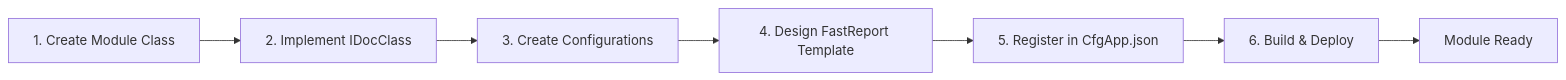
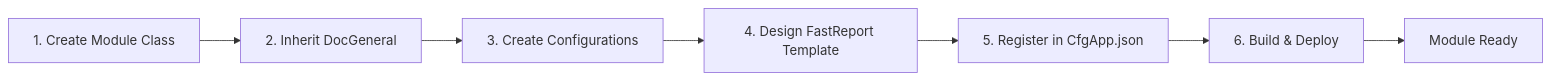
One commit to tn-ivk/tn-doc changed the tenth of 10 diagrams in docs/architecture/document-modules.md. Above: the diagram before and after it, drawn with Mermaid. The commit also changed other lines of this file and 9 other files, not shown here.

````diff
--- a/docs/architecture/document-modules.md
+++ b/docs/architecture/document-modules.md
@@ -437,9 +407,9 @@
 ```mermaid
 flowchart LR
-    A[1. Create Module Class] --> B[2. Implement IDocClass]
+    A[1. Create Module Class] --> B[2. Inherit DocGeneral]
     B --> C[3. Create Configurations]
     C --> D[4. Design FastReport Template]
     D --> E[5. Register in CfgApp.json]
     E --> F[6. Build & Deploy]
     F --> G[Module Ready]
 ```
````
